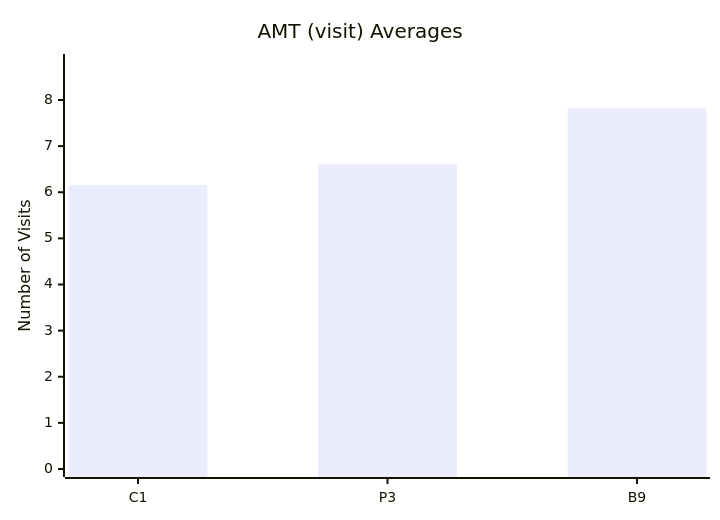
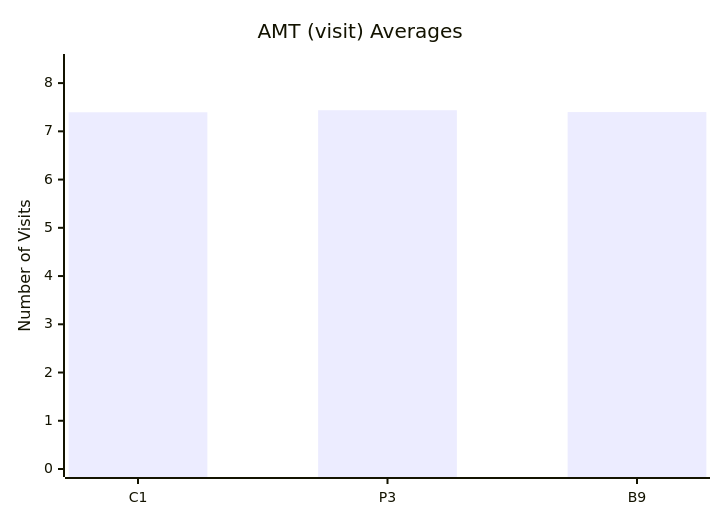
The tenth of 10 diagrams in test-tools/DataGen/src/Statistics_Visualizer.md (dhagan-va/intern-2025), drawn with Mermaid before and after one commit. The commit also changed other lines of this file and 4 other files, not shown here.

````diff
--- a/test-tools/DataGen/src/Statistics_Visualizer.md
+++ b/test-tools/DataGen/src/Statistics_Visualizer.md
@@ -108,7 +108,7 @@
 ```mermaid
 xychart-beta
     title "AMT (visit) Averages"
     x-axis ["C1", "P3", "B9"]
-    y-axis "Number of Visits" 0 --> 8.823529411764707
-    bar [6.1568627450980395, 6.607843137254902, 7.823529411764706]
+    y-axis "Number of Visits" 0 --> 8.437281359320341
+    bar [7.395302348825587, 7.43728135932034, 7.399300349825087]
 ```
````
